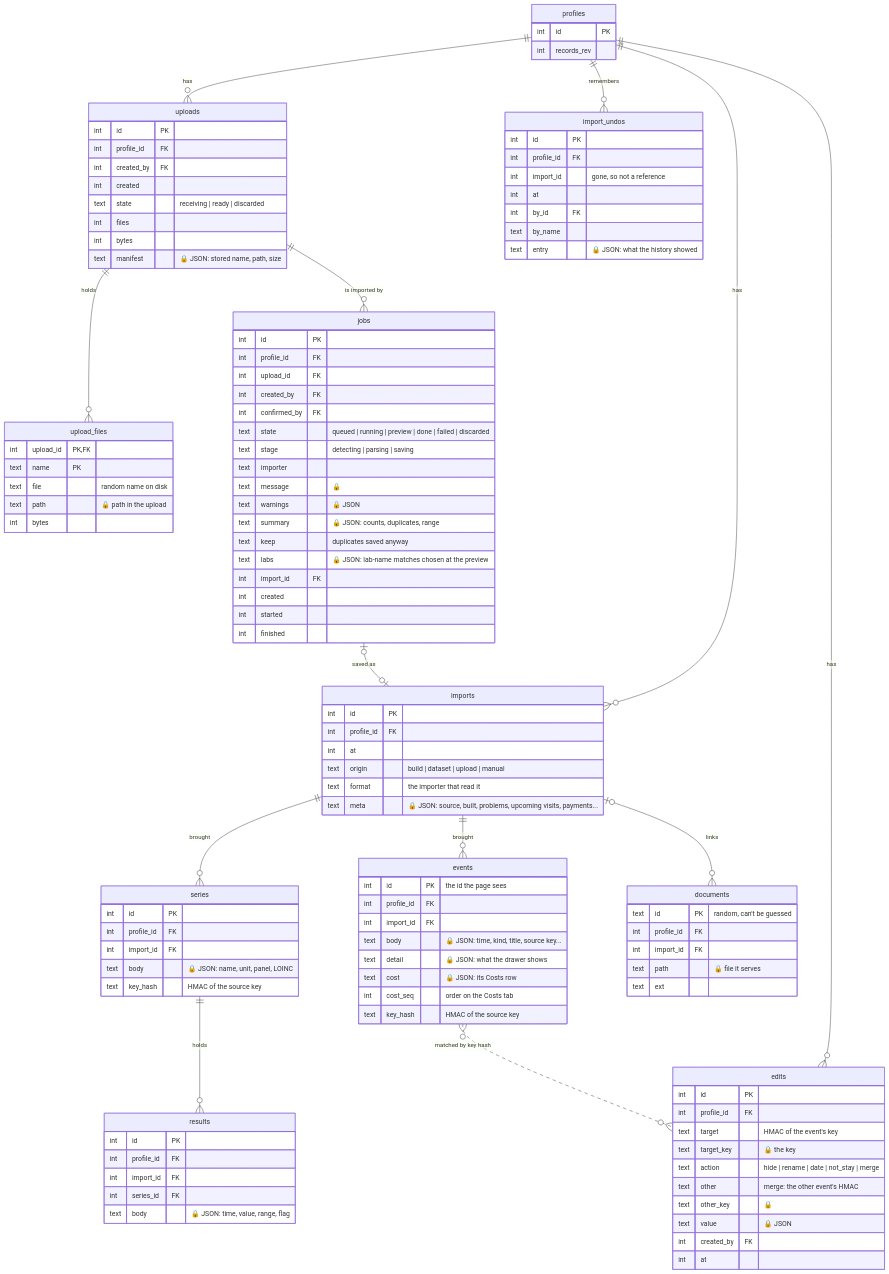
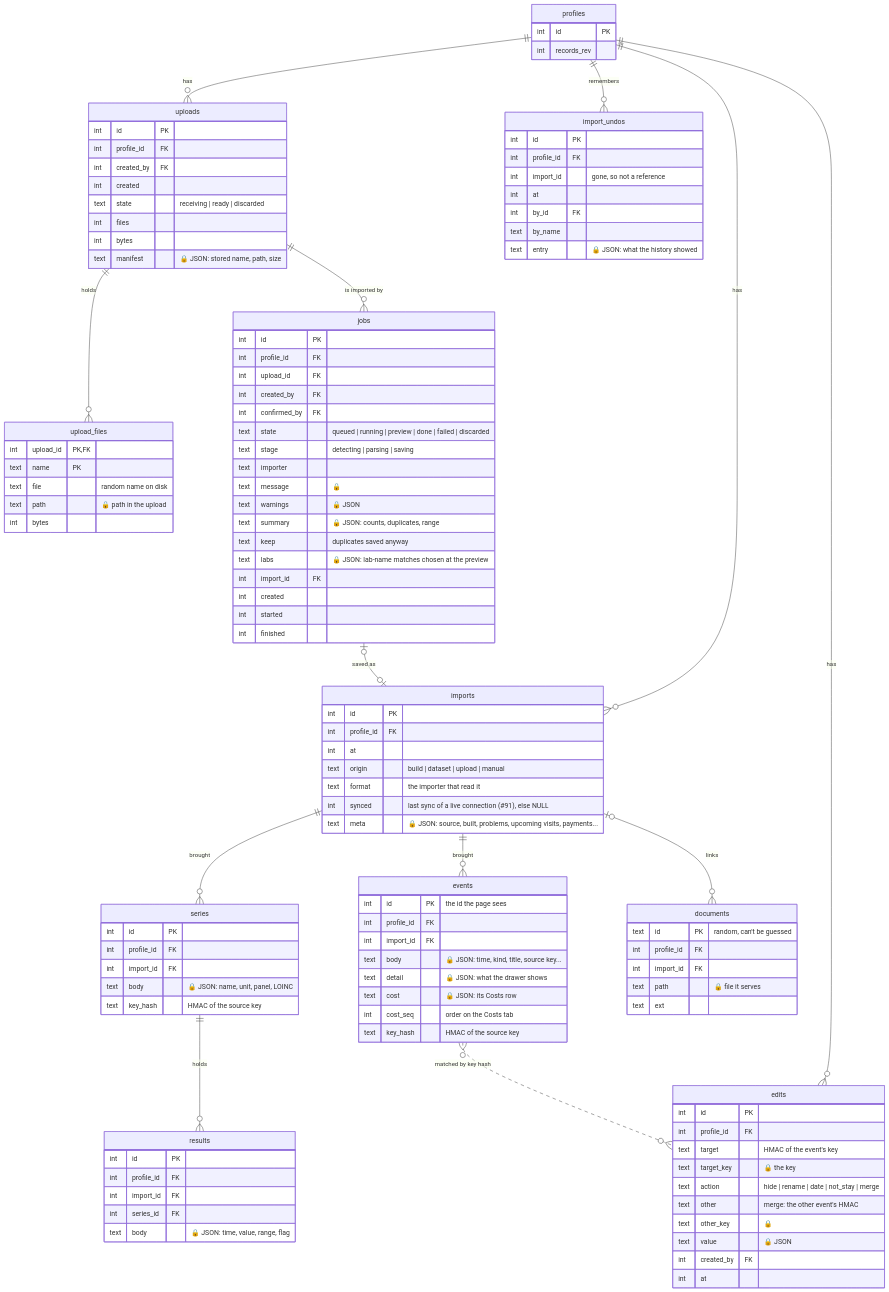
Before and after one commit to sanguity/sanguity: the second of 3 diagrams in docs/database.md, drawn with Mermaid. The commit also changed other lines of this file and 16 other files, not shown here.

```diff
--- a/docs/database.md
+++ b/docs/database.md
@@ -153,6 +153,7 @@
         int at
         text origin "build | dataset | upload | manual"
         text format "the importer that read it"
+        int synced "last sync of a live connection (#91), else NULL"
         text meta "🔒 JSON: source, built, problems, upcoming visits, payments..."
     }
     events {
```
